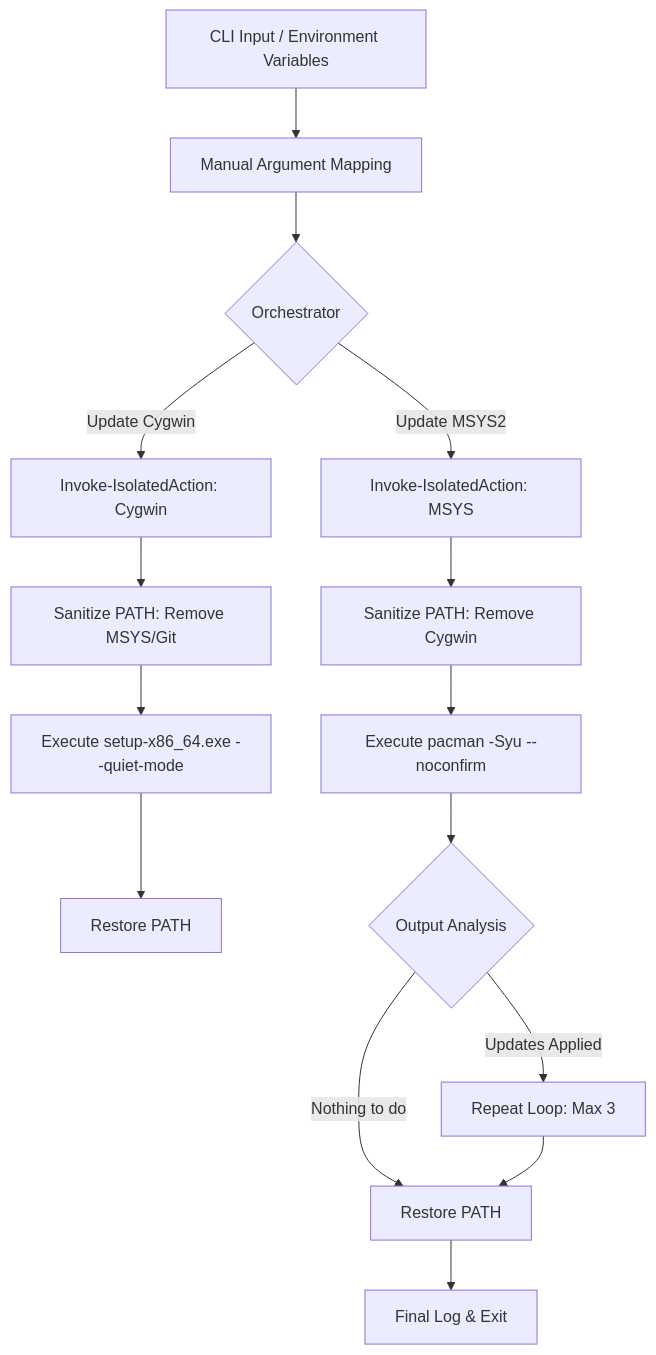
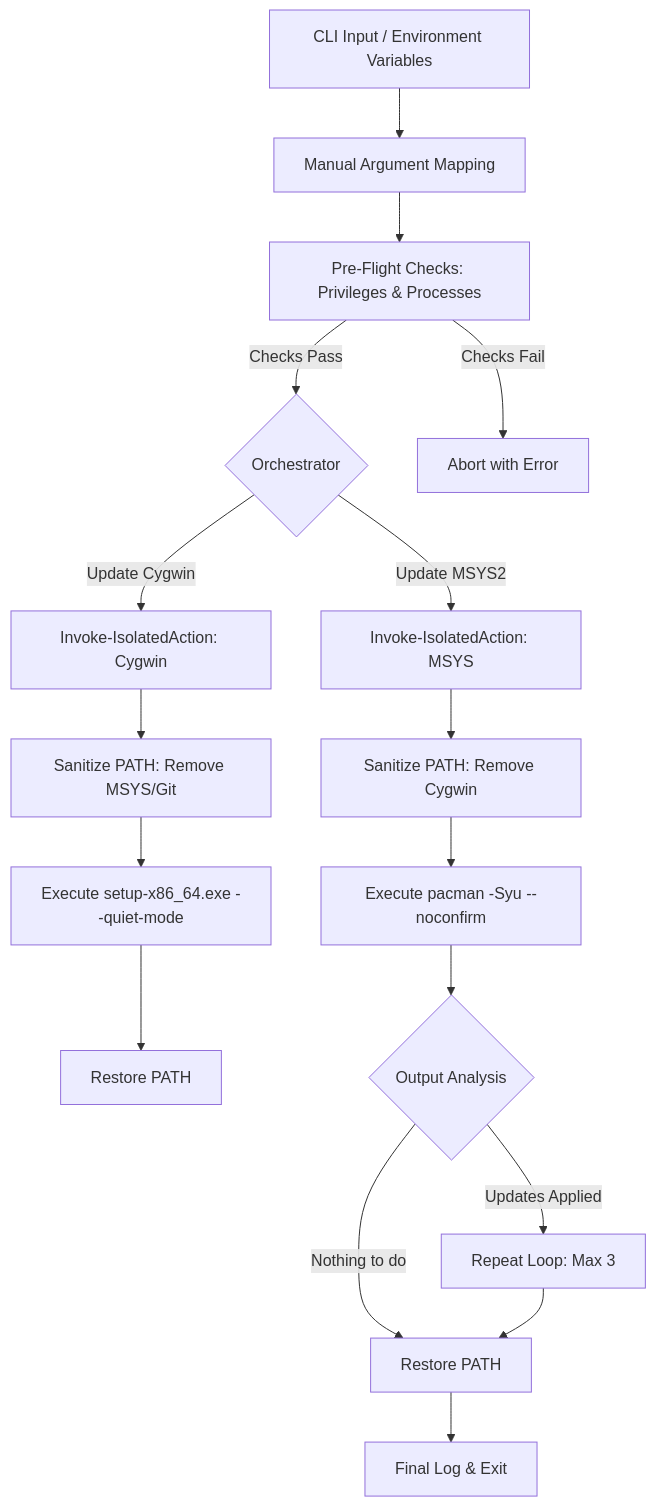
The diagram in os_sys/winposix_update_README.md (edsilegxrepo/devops), drawn with Mermaid before and after one commit. The commit also changed other lines of this file and 1 other file, not shown here.

````diff
--- a/os_sys/winposix_update_README.md
+++ b/os_sys/winposix_update_README.md
@@ -33,21 +33,23 @@
 ```mermaid
 graph TD
     A[CLI Input / Environment Variables] --> B[Manual Argument Mapping]
-    B --> C{Orchestrator}
+    B --> BP[Pre-Flight Checks: Privileges & Processes]
+    BP -->|Checks Pass| C{Orchestrator}
+    BP -->|Checks Fail| BO[Abort with Error]
     
     C -->|Update Cygwin| D[Invoke-IsolatedAction: Cygwin]
     C -->|Update MSYS2| E[Invoke-IsolatedAction: MSYS]
     
     D --> F[Sanitize PATH: Remove MSYS/Git]
     F --> G[Execute setup-x86_64.exe --quiet-mode]
     G --> H[Restore PATH]
     
     E --> I[Sanitize PATH: Remove Cygwin]
     I --> J[Execute pacman -Syu --noconfirm]
     J --> K{Output Analysis}
     K -->|"Nothing to do"| L[Restore PATH]
     K -->|Updates Applied| M[Repeat Loop: Max 3]
     M --> L
     
     L --> N[Final Log & Exit]
 ```
````
